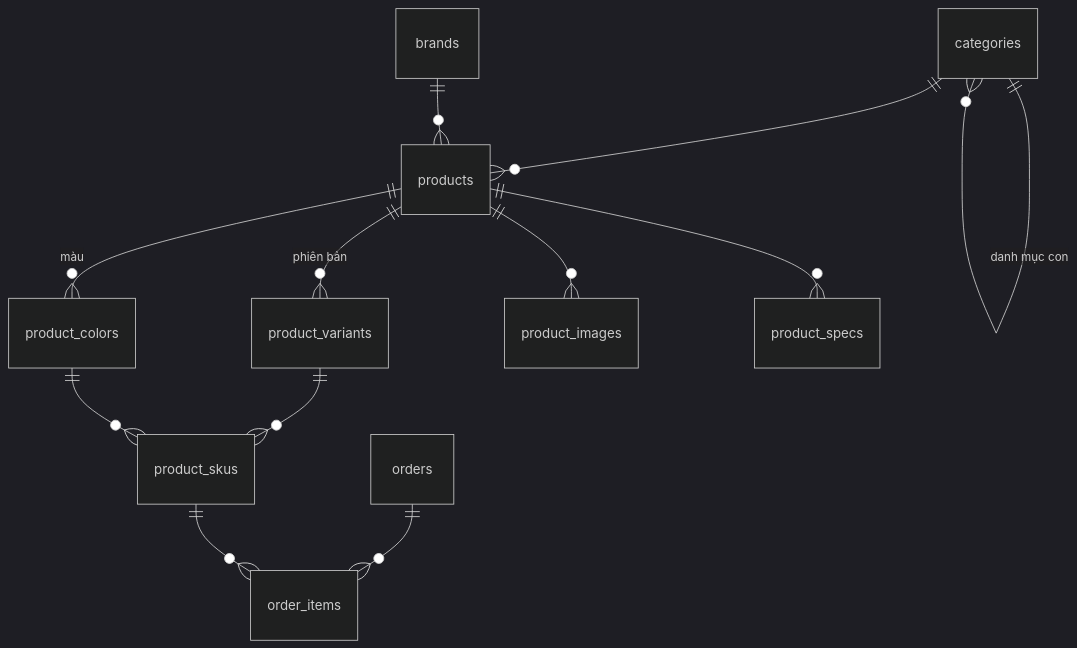
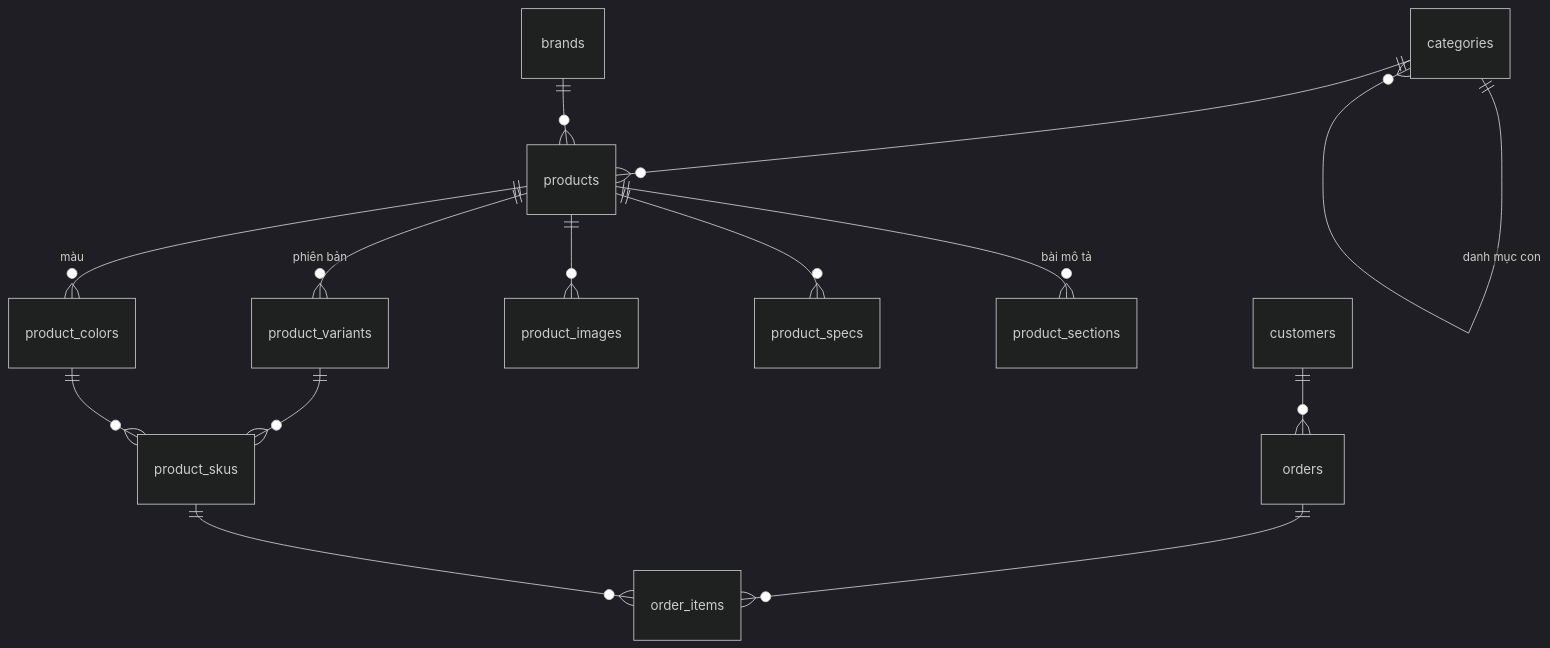
The second of 2 diagrams in README.md (28thHidro/dh-tech), drawn with Mermaid (dark theme) before and after one commit. The commit also changed other lines of this file, not shown here.

````diff
--- a/README.md
+++ b/README.md
@@ -56,14 +64,16 @@
 ```mermaid
 erDiagram
   categories ||--o{ categories : "danh mục con"
   categories ||--o{ products : ""
   brands ||--o{ products : ""
   products ||--o{ product_variants : "phiên bản"
   products ||--o{ product_colors : "màu"
   product_variants ||--o{ product_skus : ""
   product_colors ||--o{ product_skus : ""
   products ||--o{ product_images : ""
   products ||--o{ product_specs : ""
+  products ||--o{ product_sections : "bài mô tả"
+  customers ||--o{ orders : ""
   orders ||--o{ order_items : ""
   product_skus ||--o{ order_items : ""
 ```
````
